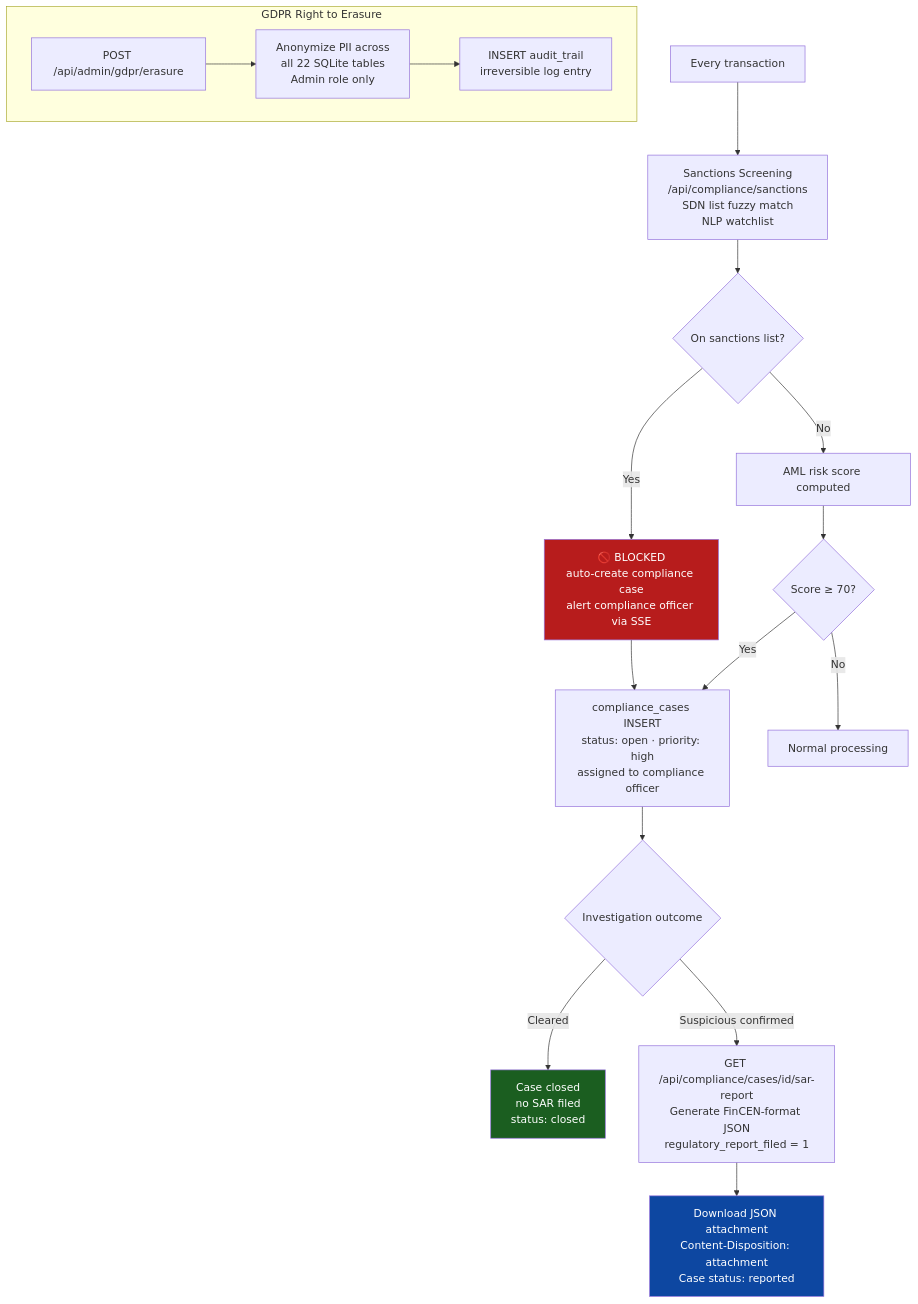
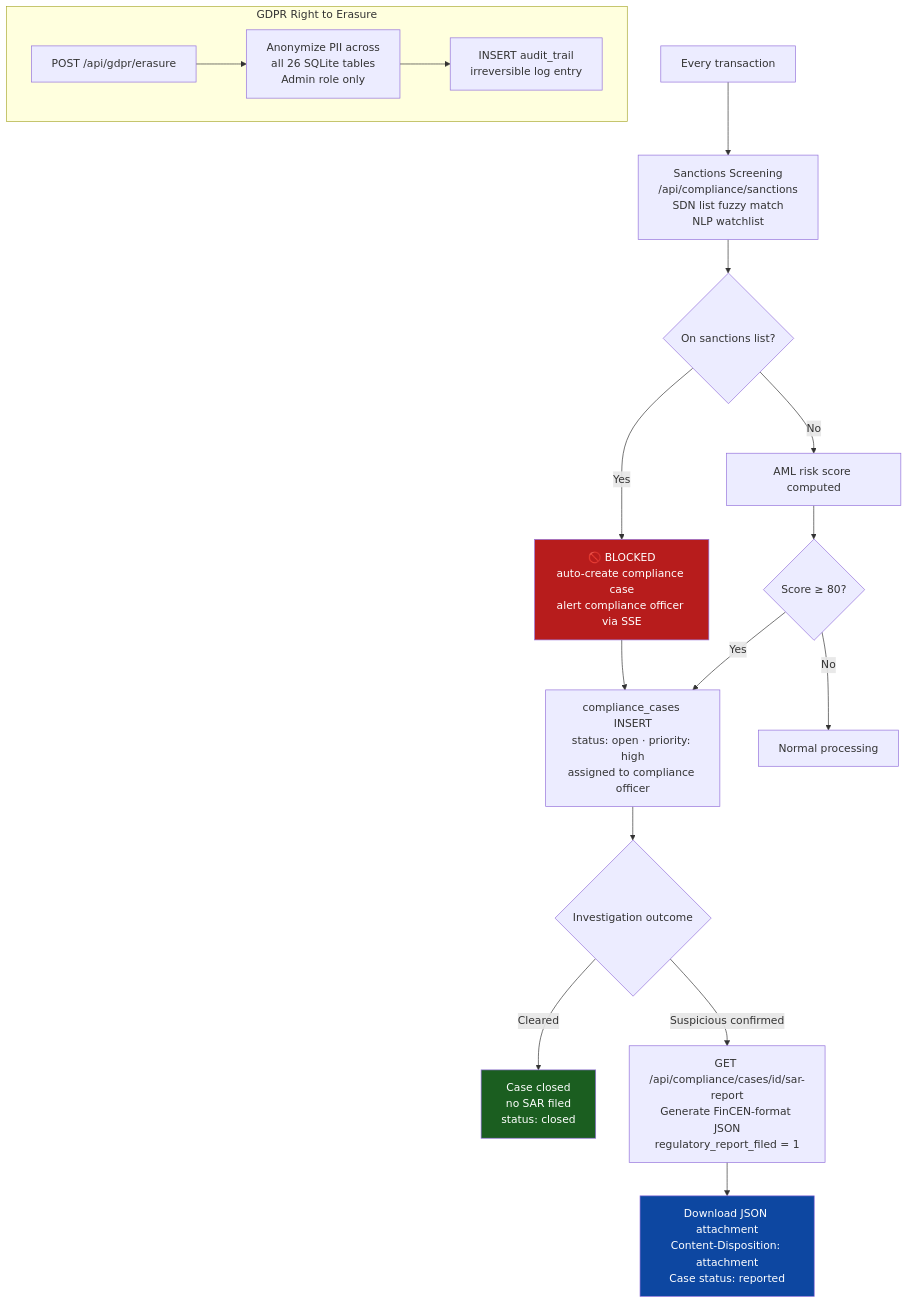
Before and after one commit to mohammedidriss/G9-IPTS: the seventh of 11 diagrams in README.md, drawn with Mermaid. The commit also changed other lines of this file, not shown here.

````diff
--- a/README.md
+++ b/README.md
@@ -349,24 +368,24 @@
 ```mermaid
 flowchart TD
     A[Every transaction] --> B["Sanctions Screening\n/api/compliance/sanctions\nSDN list fuzzy match\nNLP watchlist"]
     B --> C{On sanctions list?}
     C -->|Yes| D["🚫 BLOCKED\nauto-create compliance case\nalert compliance officer via SSE"]
     C -->|No| E[AML risk score computed]
-    E --> F{Score ≥ 70?}
+    E --> F{Score ≥ 80?}
     F -->|Yes| G["compliance_cases INSERT\nstatus: open · priority: high\nassigned to compliance officer"]
     F -->|No| H[Normal processing]
     D --> G
     G --> I{Investigation outcome}
     I -->|Cleared| J["Case closed\nno SAR filed\nstatus: closed"]
     I -->|Suspicious confirmed| K["GET /api/compliance/cases/id/sar-report\nGenerate FinCEN-format JSON\nregulatory_report_filed = 1"]
     K --> L["Download JSON attachment\nContent-Disposition: attachment\nCase status: reported"]
 
     subgraph GDPR["GDPR Right to Erasure"]
-        M["POST /api/admin/gdpr/erasure"] --> N["Anonymize PII across\nall 22 SQLite tables\nAdmin role only"]
+        M["POST /api/gdpr/erasure"] --> N["Anonymize PII across\nall 26 SQLite tables\nAdmin role only"]
         N --> O["INSERT audit_trail\nirreversible log entry"]
     end
 
     style D fill:#B71C1C,color:#fff
     style J fill:#1B5E20,color:#fff
     style L fill:#0D47A1,color:#fff
 ```
````
